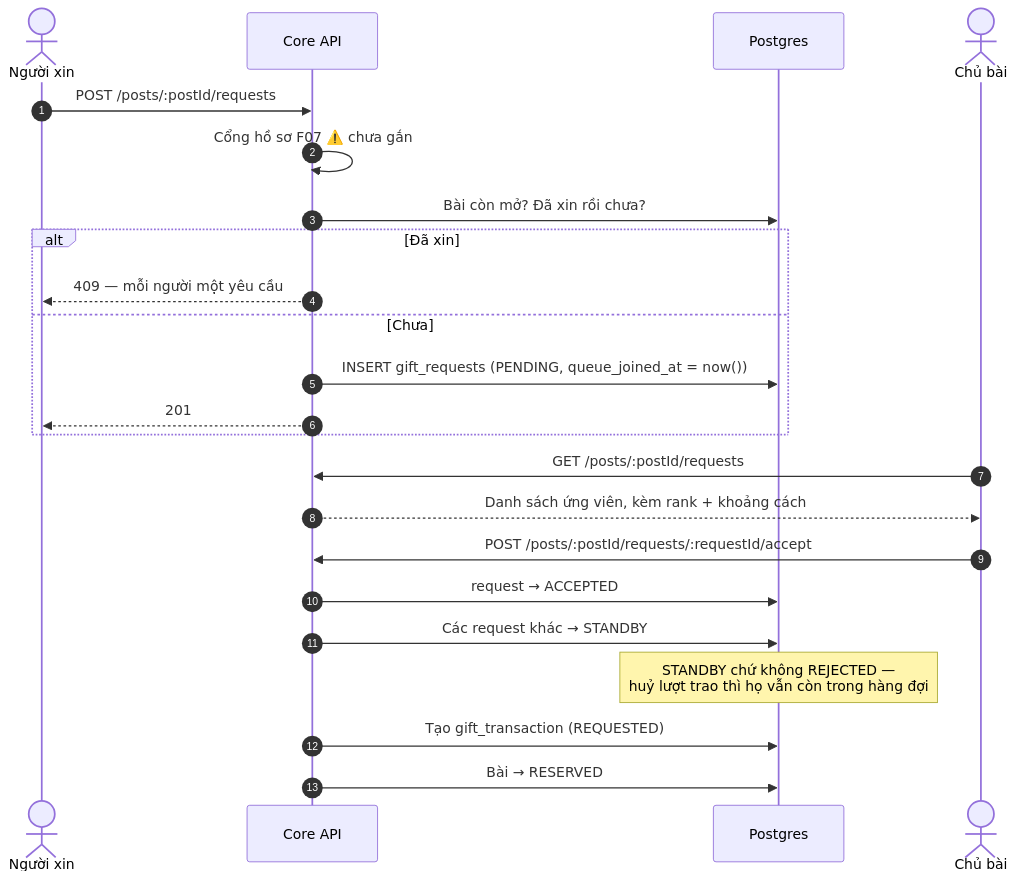
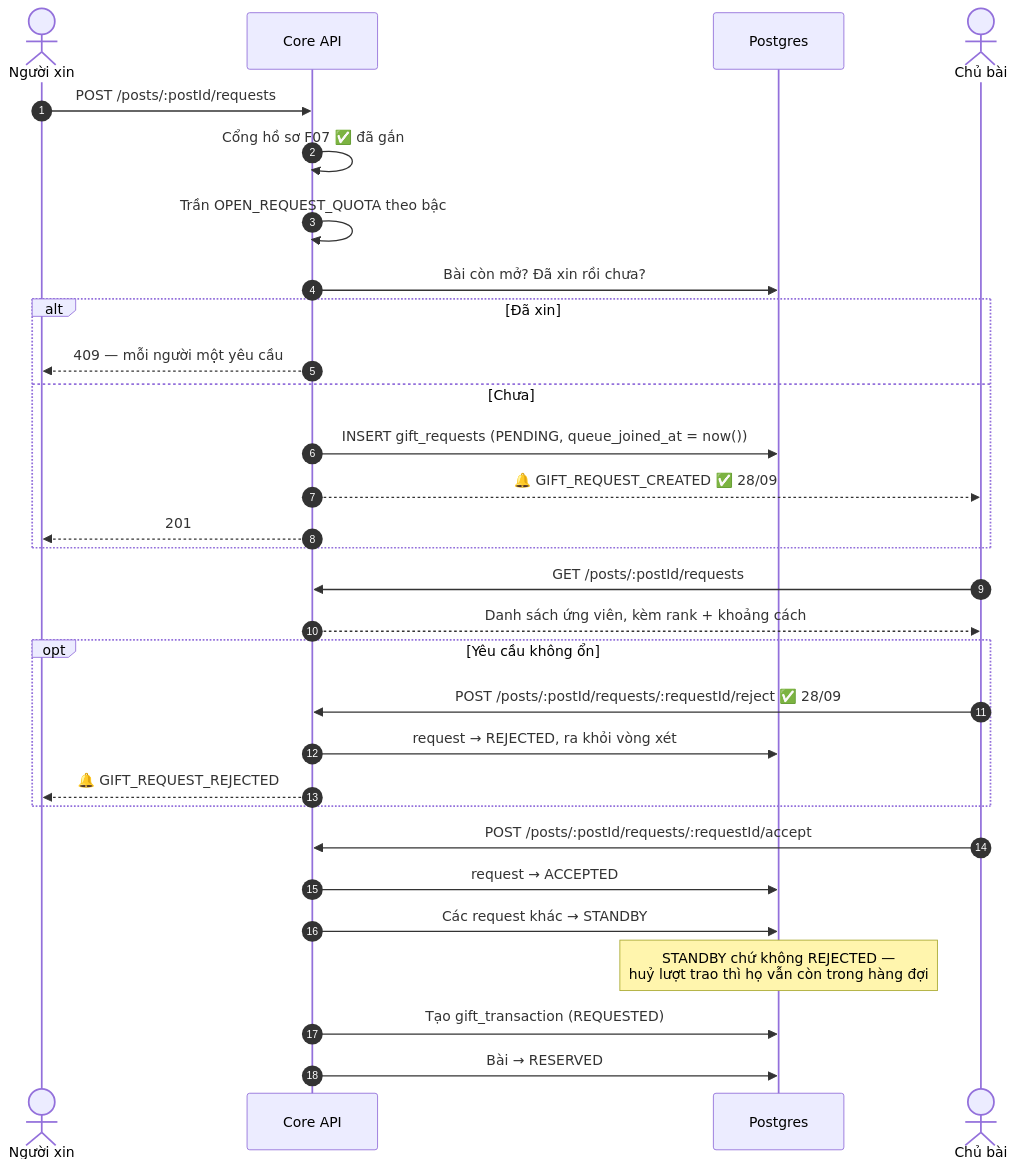
The second of 8 diagrams in docs/diagram/07-request.md (fdshn/trueheart), drawn with Mermaid before and after one commit. The commit also changed other lines of this file and 33 other files, not shown here.

First line of the commit message:
feat(request): khép vòng đời yêu cầu xin nhận — không còn yêu cầu treo

````diff
--- a/docs/diagram/07-request.md
+++ b/docs/diagram/07-request.md
@@ -22,28 +27,36 @@
 ```mermaid
 sequenceDiagram
     autonumber
     actor R as Người xin
     participant API as Core API
     participant DB as Postgres
     actor G as Chủ bài
 
     R->>API: POST /posts/:postId/requests
-    API->>API: Cổng hồ sơ F07 ⚠️ chưa gắn
+    API->>API: Cổng hồ sơ F07 ✅ đã gắn
+    API->>API: Trần OPEN_REQUEST_QUOTA theo bậc
     API->>DB: Bài còn mở? Đã xin rồi chưa?
     alt Đã xin
         API-->>R: 409 — mỗi người một yêu cầu
     else Chưa
         API->>DB: INSERT gift_requests (PENDING, queue_joined_at = now())
+        API-->>G: 🔔 GIFT_REQUEST_CREATED ✅ 28/09
         API-->>R: 201
     end
 
     G->>API: GET /posts/:postId/requests
     API-->>G: Danh sách ứng viên, kèm rank + khoảng cách
+
+    opt Yêu cầu không ổn
+        G->>API: POST /posts/:postId/requests/:requestId/reject ✅ 28/09
+        API->>DB: request → REJECTED, ra khỏi vòng xét
+        API-->>R: 🔔 GIFT_REQUEST_REJECTED
+    end
 
     G->>API: POST /posts/:postId/requests/:requestId/accept
     API->>DB: request → ACCEPTED
     API->>DB: Các request khác → STANDBY
     Note over DB: STANDBY chứ không REJECTED —<br/>huỷ lượt trao thì họ vẫn còn trong hàng đợi
     API->>DB: Tạo gift_transaction (REQUESTED)
     API->>DB: Bài → RESERVED
 ```
````
